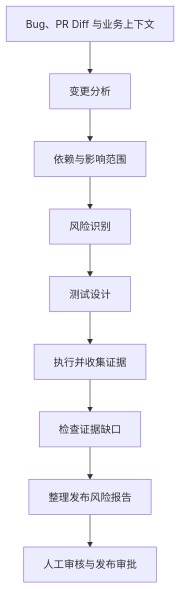
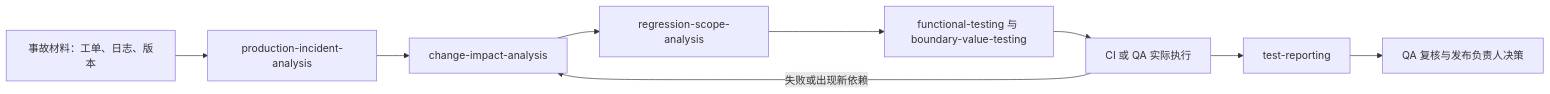
The third of 3 diagrams in src/blog/zh-cn/AI-Testing/how-to-test-a-hotfix.mdx (naodeng/naodeng.com.cn), drawn with Mermaid before and after one commit. The commit also changed other lines of this file and 1 other file, not shown here.

Commit message:
docs: deepen AI-native hotfix testing practices

````diff
--- a/src/blog/zh-cn/AI-Testing/how-to-test-a-hotfix.mdx
+++ b/src/blog/zh-cn/AI-Testing/how-to-test-a-hotfix.mdx
@@ -251,11 +261,11 @@
 ```mermaid
-flowchart TD
-    A[Bug、PR Diff 与业务上下文] --> B[变更分析]
-    B --> C[依赖与影响范围]
-    C --> D[风险识别]
-    D --> E[测试设计]
-    E --> F[执行并收集证据]
-    F --> G[检查证据缺口]
-    G --> H[整理发布风险报告]
-    H --> I[人工审核与发布审批]
+flowchart LR
+    A[事故材料：工单、日志、版本] --> B[production-incident-analysis]
+    B --> C[change-impact-analysis]
+    C --> D[regression-scope-analysis]
+    D --> E[functional-testing 与 boundary-value-testing]
+    E --> F[CI 或 QA 实际执行]
+    F --> G[test-reporting]
+    G --> H[QA 复核与发布负责人决策]
+    F -->|失败或出现新依赖| C
 ```
````
